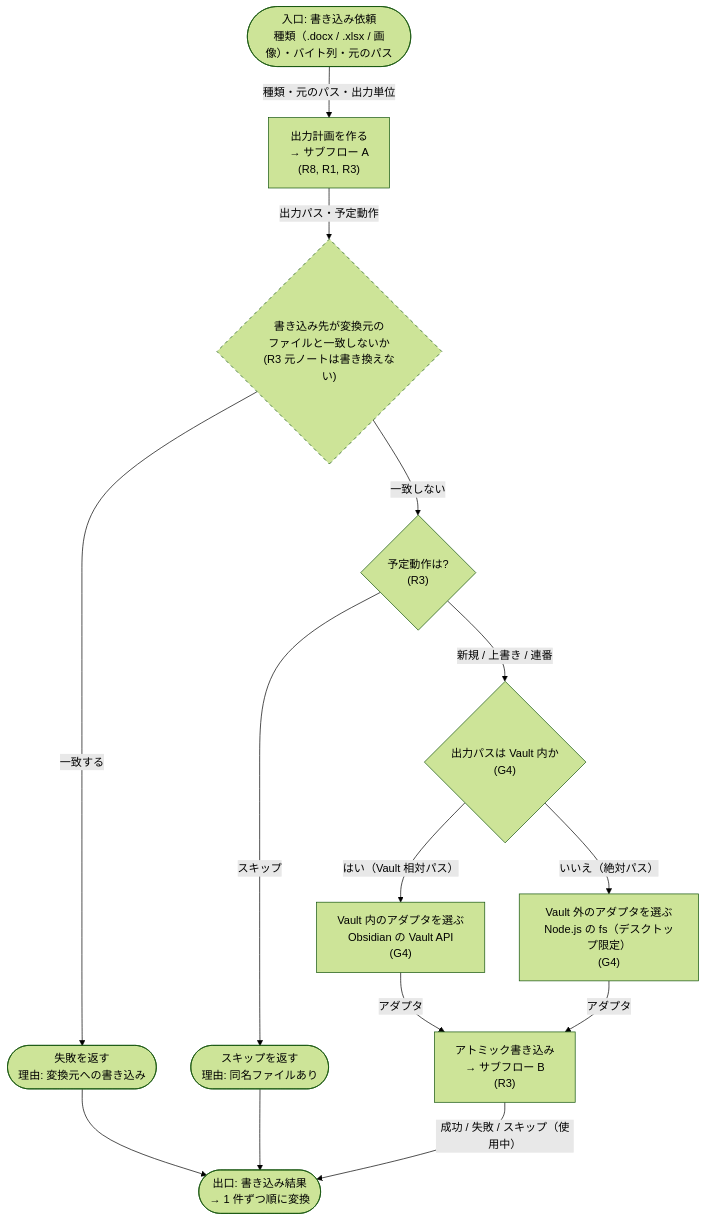
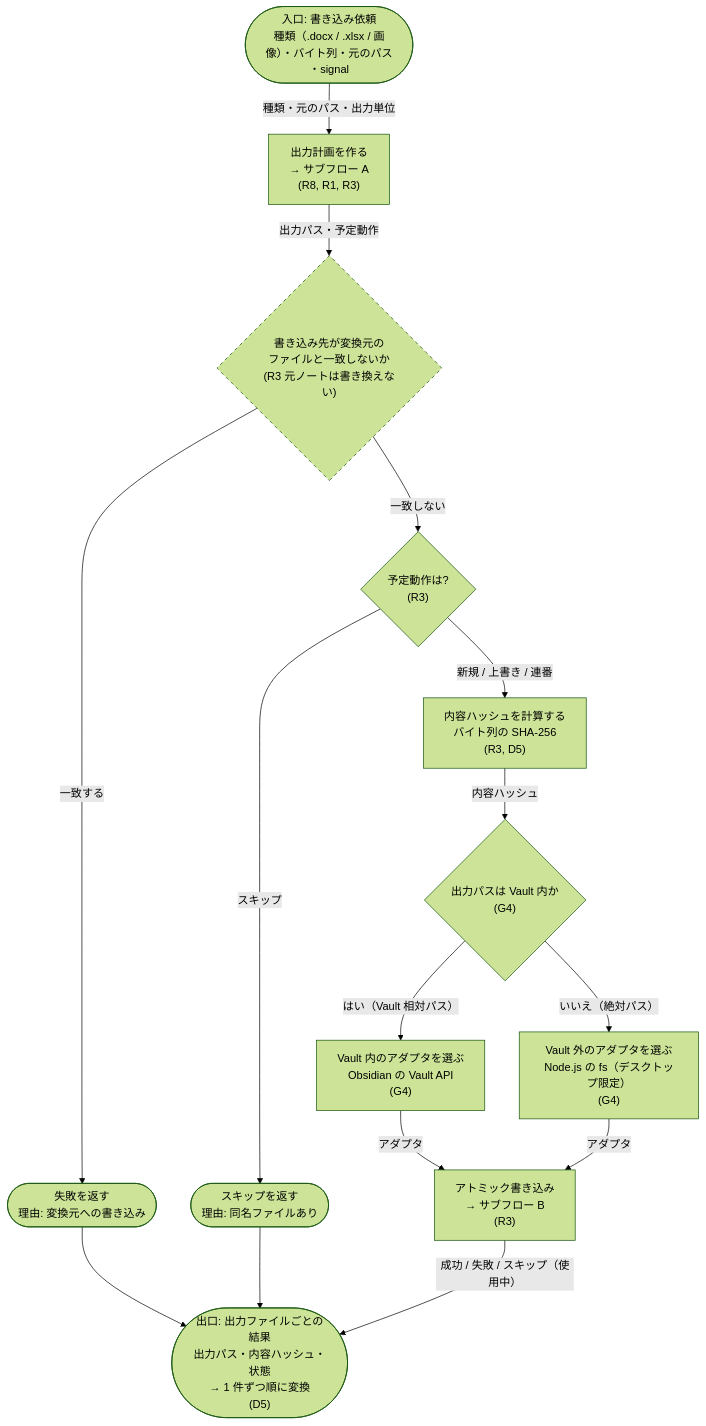
Before and after one commit to rakko1133/obsidian-md-to-office: the first of 3 diagrams in docs/flows/09-write-file.md, drawn with Mermaid (forest theme). The commit also changed other lines of this file and 9 other files, not shown here.

First line of the commit message:
docs: 10 本のフロー図を境界の決定に合わせて修正 (R3, R8)

````diff
--- a/docs/flows/09-write-file.md
+++ b/docs/flows/09-write-file.md
@@ -24,31 +25,33 @@
 ```mermaid
 flowchart TD
-  In(["入口: 書き込み依頼<br/>種類（.docx / .xlsx / 画像）・バイト列・元のパス"])
+  In(["入口: 書き込み依頼<br/>種類（.docx / .xlsx / 画像）・バイト列・元のパス<br/>・signal"])
   Plan["出力計画を作る<br/>→ サブフロー A<br/>(R8, R1, R3)"]
   Guard{"書き込み先が変換元の<br/>ファイルと一致しないか<br/>(R3 元ノートは書き換えない)"}
   FailGuard(["失敗を返す<br/>理由: 変換元への書き込み"])
   Act{"予定動作は?<br/>(R3)"}
   SkipSame(["スキップを返す<br/>理由: 同名ファイルあり"])
+  Hash["内容ハッシュを計算する<br/>バイト列の SHA-256<br/>(R3, D5)"]
   Where{"出力パスは Vault 内か<br/>(G4)"}
   VaultAd["Vault 内のアダプタを選ぶ<br/>Obsidian の Vault API<br/>(G4)"]
   FsAd["Vault 外のアダプタを選ぶ<br/>Node.js の fs（デスクトップ限定）<br/>(G4)"]
   Atomic["アトミック書き込み<br/>→ サブフロー B<br/>(R3)"]
-  Out(["出口: 書き込み結果<br/>→ 1 件ずつ順に変換"])
+  Out(["出口: 出力ファイルごとの結果<br/>出力パス・内容ハッシュ・状態<br/>→ 1 件ずつ順に変換<br/>(D5)"])
 
   In -->|"種類・元のパス・出力単位"| Plan
   Plan -->|"出力パス・予定動作"| Guard
   Guard -->|"一致する"| FailGuard
   Guard -->|"一致しない"| Act
   Act -->|"スキップ"| SkipSame
-  Act -->|"新規 / 上書き / 連番"| Where
+  Act -->|"新規 / 上書き / 連番"| Hash
+  Hash -->|"内容ハッシュ"| Where
   Where -->|"はい（Vault 相対パス）"| VaultAd
   Where -->|"いいえ（絶対パス）"| FsAd
   VaultAd -->|"アダプタ"| Atomic
   FsAd -->|"アダプタ"| Atomic
   Atomic -->|"成功 / 失敗 / スキップ（使用中）"| Out
   FailGuard --> Out
   SkipSame --> Out
 
   classDef undecided stroke-dasharray: 5 5
   class Guard undecided
 ```
````
